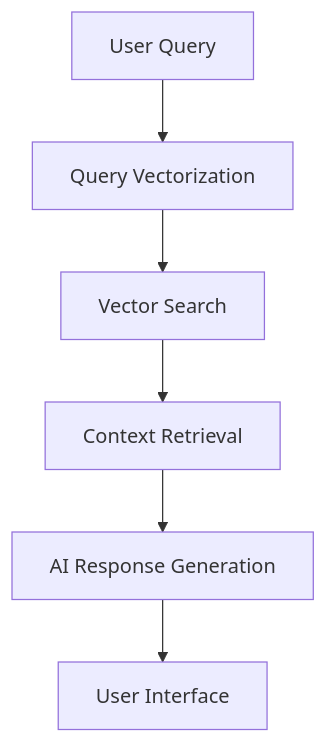
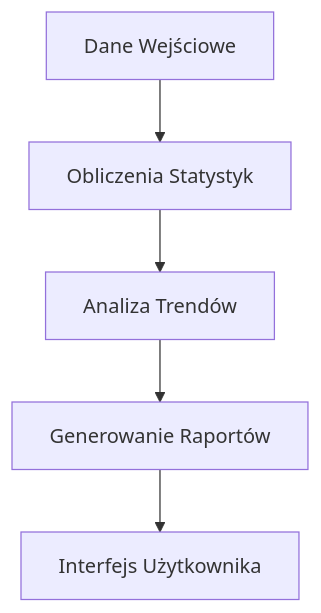
Before and after one commit to rrsartneoai/smart-grid-gems-37-50: the second of 3 diagrams in src/docs/Architecture.md, drawn with Mermaid. The commit also changed other lines of this file, not shown here.

First line of the commit message:
Add diagram generator for dashboard

````diff
--- a/src/docs/Architecture.md
+++ b/src/docs/Architecture.md
@@ -46,8 +48,7 @@
    ```mermaid
    graph TD
-     A[User Query] --> B[Query Vectorization]
-     B --> C[Vector Search]
-     C --> D[Context Retrieval]
-     D --> E[AI Response Generation]
-     E --> F[User Interface]
+     A[Dane Wejściowe] --> B[Obliczenia Statystyk]
+     B --> C[Analiza Trendów]
+     C --> D[Generowanie Raportów]
+     D --> E[Interfejs Użytkownika]
    ```
````
